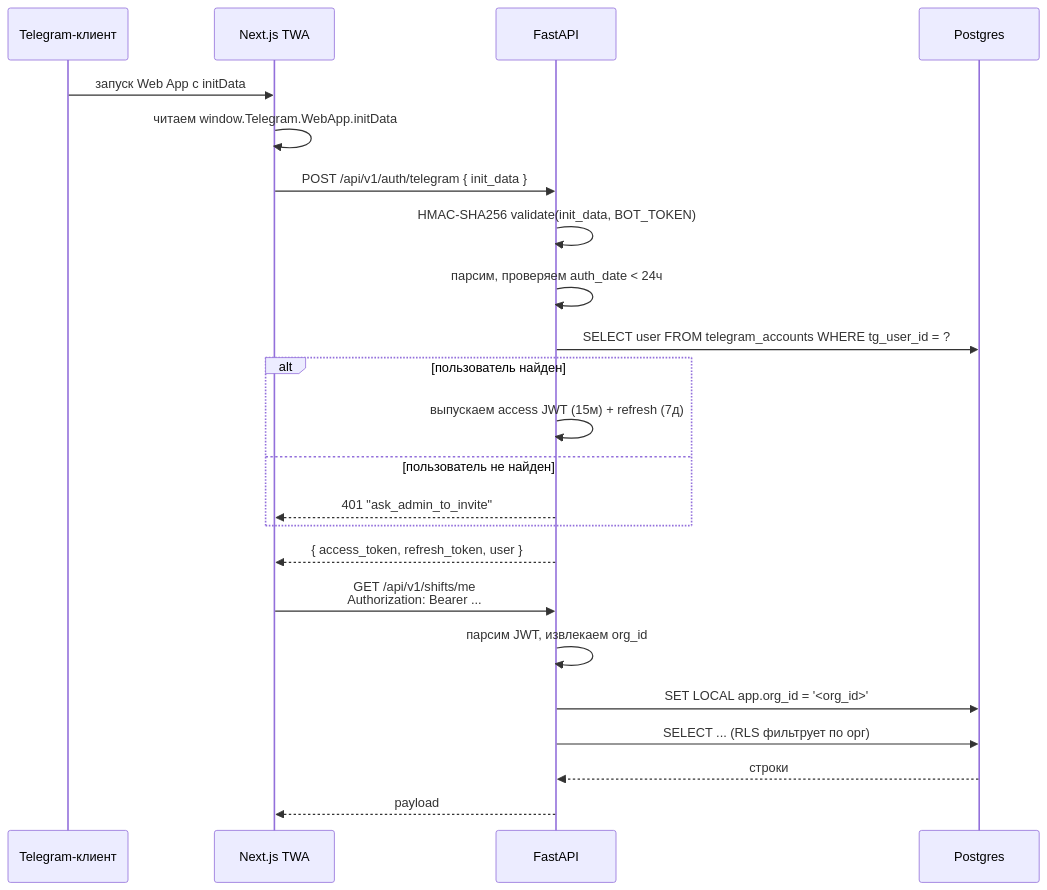
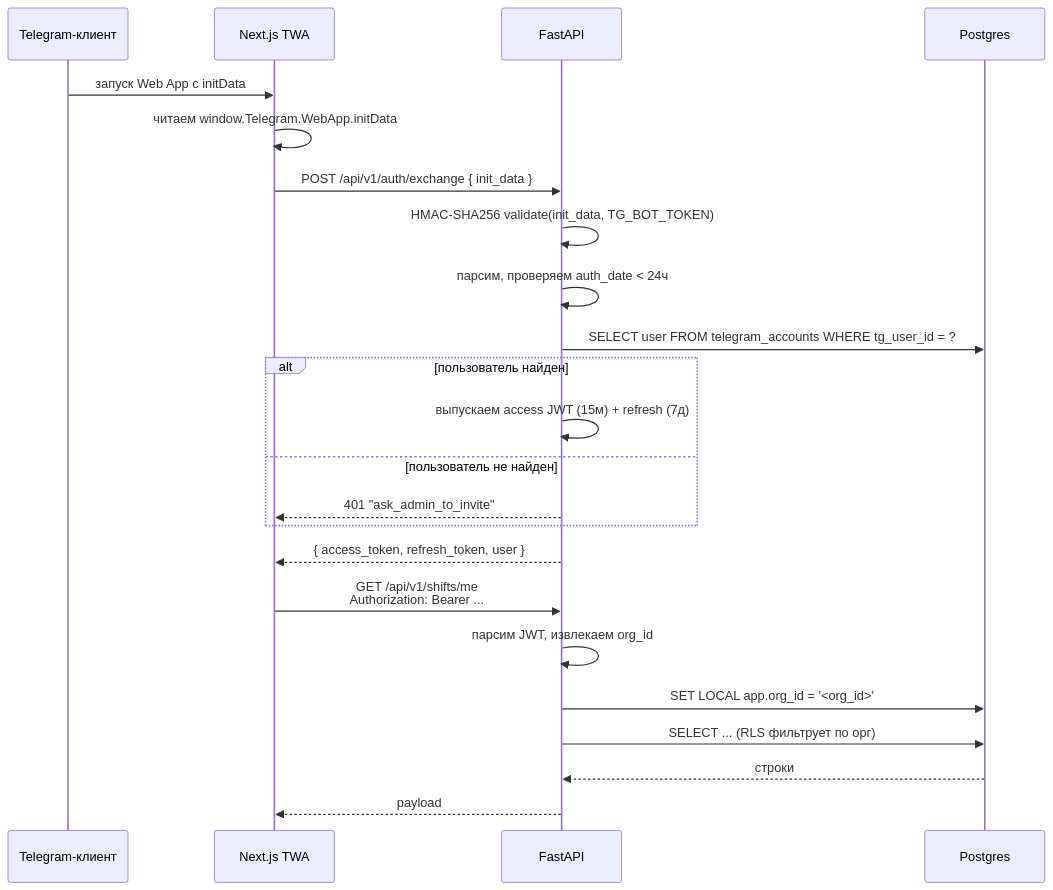
Before and after one commit to Temirlan200270/ShiftOps: the diagram in docs/AUTH_FLOW.md, drawn with Mermaid. The commit also changed other lines of this file and 7 other files, not shown here.

First line of the commit message:
feat(auth): update authentication flow and API endpoints

````diff
--- a/docs/AUTH_FLOW.md
+++ b/docs/AUTH_FLOW.md
@@ -5,26 +5,26 @@
 ```mermaid
 sequenceDiagram
     participant TG as Telegram-клиент
     participant TWA as Next.js TWA
     participant API as FastAPI
     participant DB as Postgres
 
     TG->>TWA: запуск Web App с initData
     TWA->>TWA: читаем window.Telegram.WebApp.initData
-    TWA->>API: POST /api/v1/auth/telegram { init_data }
-    API->>API: HMAC-SHA256 validate(init_data, BOT_TOKEN)
+    TWA->>API: POST /api/v1/auth/exchange { init_data }
+    API->>API: HMAC-SHA256 validate(init_data, TG_BOT_TOKEN)
     API->>API: парсим, проверяем auth_date < 24ч
     API->>DB: SELECT user FROM telegram_accounts WHERE tg_user_id = ?
     alt пользователь найден
         API->>API: выпускаем access JWT (15м) + refresh (7д)
     else пользователь не найден
         API-->>TWA: 401 "ask_admin_to_invite"
     end
     API-->>TWA: { access_token, refresh_token, user }
     TWA->>API: GET /api/v1/shifts/me<br/>Authorization: Bearer ...
     API->>API: парсим JWT, извлекаем org_id
     API->>DB: SET LOCAL app.org_id = '<org_id>'
     API->>DB: SELECT ... (RLS фильтрует по орг)
     DB-->>API: строки
     API-->>TWA: payload
 ```
````
